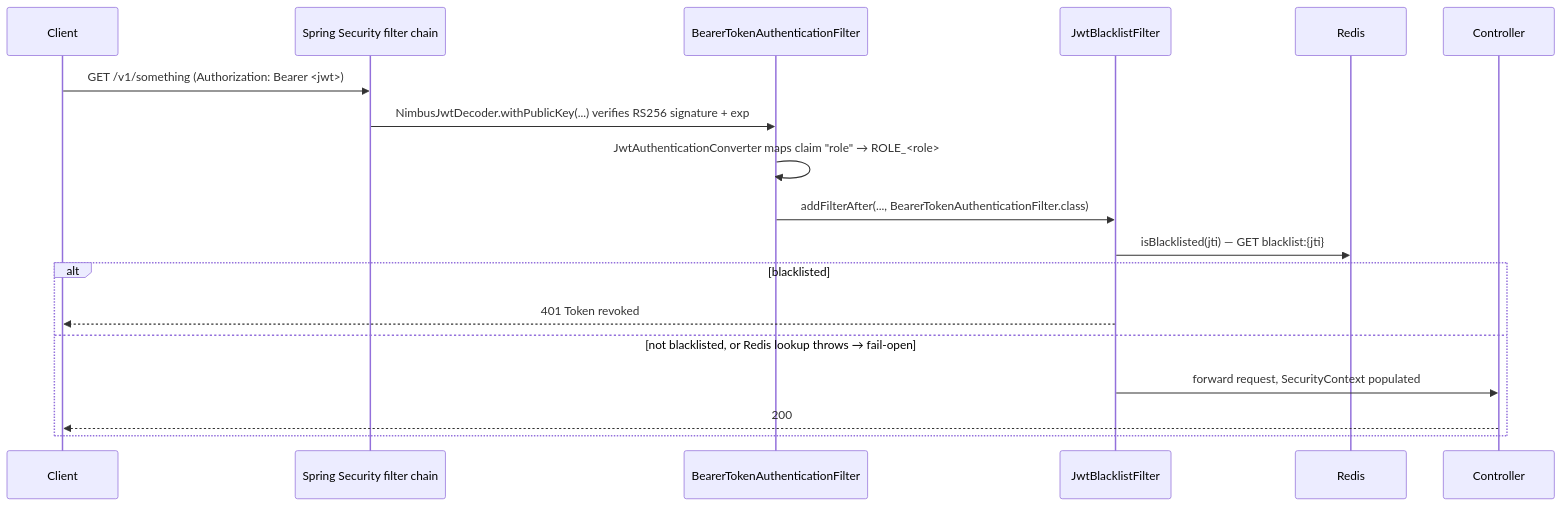
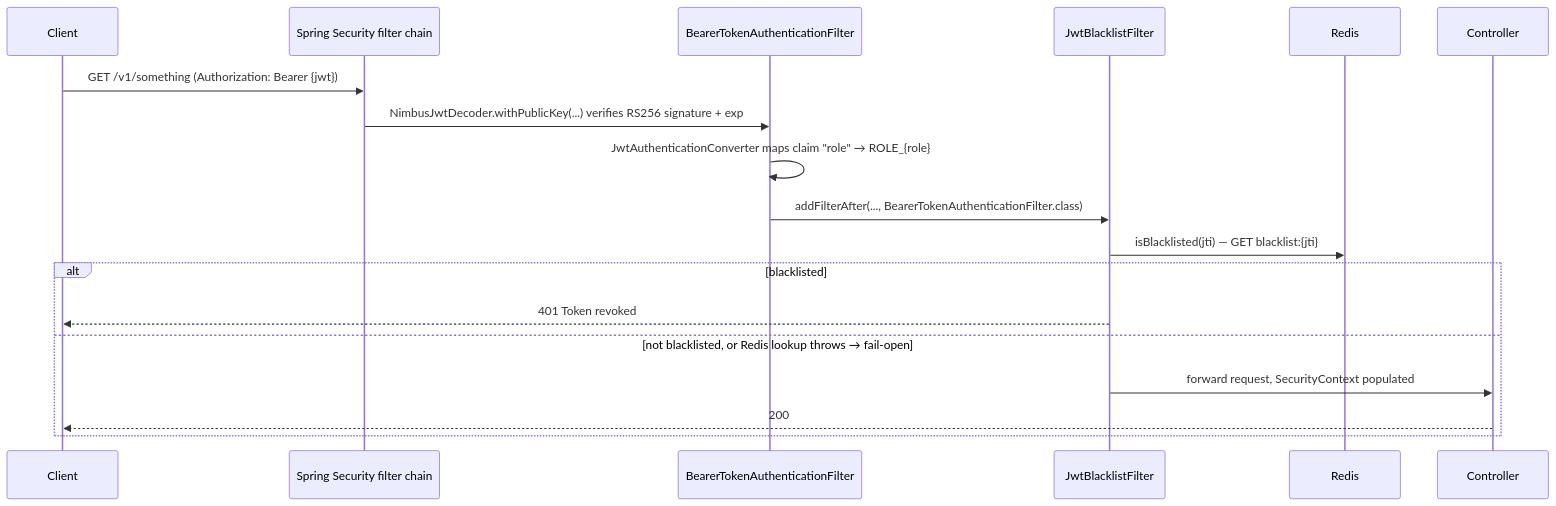
The third of 5 diagrams in docs/lld/user-auth-sequence-flows.md (minoltan/ecommerce-platform), drawn with Mermaid before and after one commit. The commit also changed other lines of this file, not shown here.

Commit message:
Fix mermaid render errors in AuthService sequence-flows doc
GitHub's mermaid parser treats ';' inside a message as a statement
separator and bare '<placeholder>' text as an unclosed HTML tag.
Replace the offending semicolon with a comma and swap angle-bracket
placeholders for the curly-brace convention used elsewhere in the doc.

````diff
--- a/docs/lld/user-auth-sequence-flows.md
+++ b/docs/lld/user-auth-sequence-flows.md
@@ -123,21 +123,21 @@
 ```mermaid
 sequenceDiagram
     participant C as Client
     participant SF as Spring Security filter chain
     participant BT as BearerTokenAuthenticationFilter
     participant BL as JwtBlacklistFilter
     participant Redis
     participant Ctrl as Controller
 
-    C->>SF: GET /v1/something (Authorization: Bearer <jwt>)
+    C->>SF: GET /v1/something (Authorization: Bearer {jwt})
     SF->>BT: NimbusJwtDecoder.withPublicKey(...) verifies RS256 signature + exp
-    BT->>BT: JwtAuthenticationConverter maps claim "role" → ROLE_<role>
+    BT->>BT: JwtAuthenticationConverter maps claim "role" → ROLE_{role}
     BT->>BL: addFilterAfter(..., BearerTokenAuthenticationFilter.class)
     BL->>Redis: isBlacklisted(jti) — GET blacklist:{jti}
     alt blacklisted
         BL-->>C: 401 Token revoked
     else not blacklisted, or Redis lookup throws → fail-open
         BL->>Ctrl: forward request, SecurityContext populated
         Ctrl-->>C: 200
     end
 ```
````
